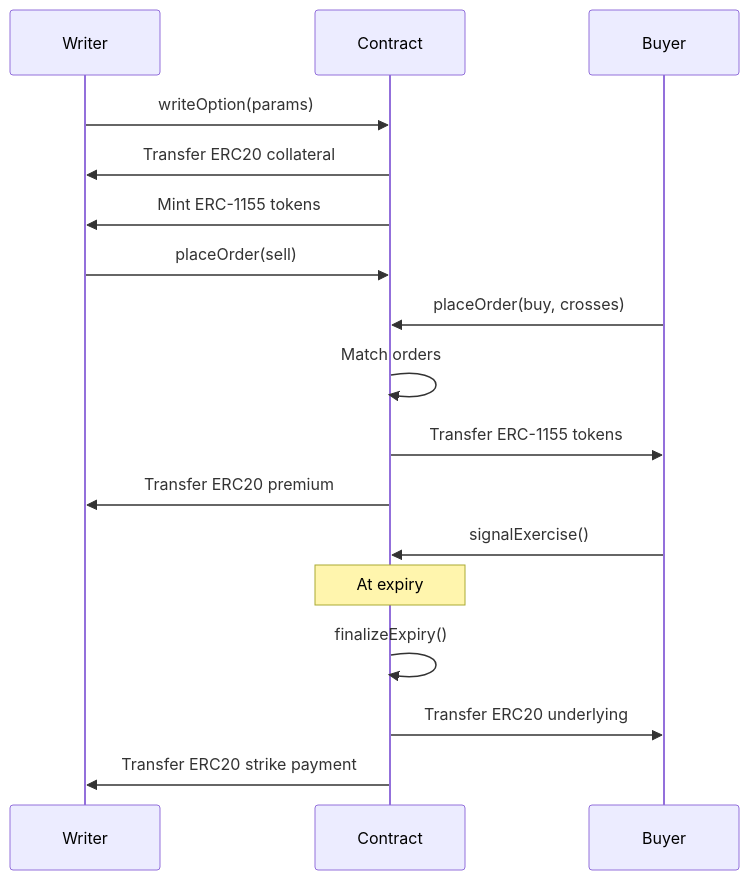
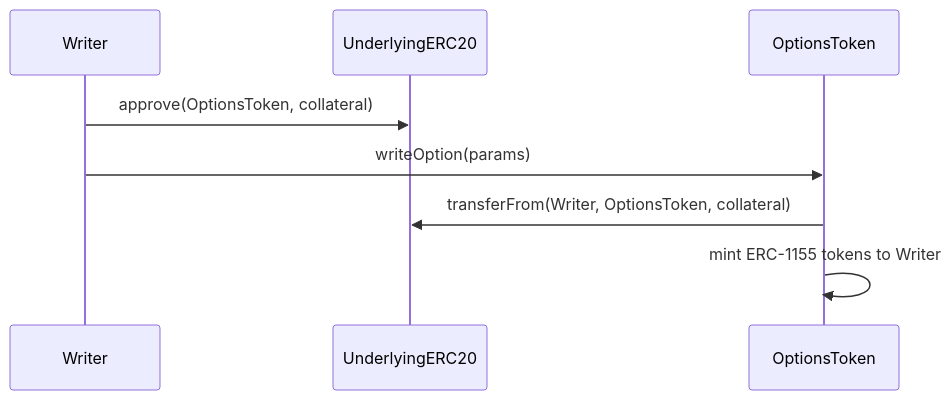
Before and after one commit to 0xgleb/optional: the second of 4 diagrams in SPEC.md, drawn with Mermaid. The commit also changed other lines of this file, not shown here.

Commit message:
fix sequence diagram

````diff
--- a/SPEC.md
+++ b/SPEC.md
@@ -199,22 +199,11 @@
 ```mermaid
 sequenceDiagram
     participant Writer
-    participant Contract
-    participant Buyer
+    participant UnderlyingERC20
+    participant OptionsToken
     
-    Writer->>Contract: writeOption(params)
-    Contract->>Writer: Transfer ERC20 collateral
-    Contract->>Writer: Mint ERC-1155 tokens
-    
-    Writer->>Contract: placeOrder(sell)
-    Buyer->>Contract: placeOrder(buy, crosses)
-    Contract->>Contract: Match orders
-    Contract->>Buyer: Transfer ERC-1155 tokens
-    Contract->>Writer: Transfer ERC20 premium
-    
-    Buyer->>Contract: signalExercise()
-    Note over Contract: At expiry
-    Contract->>Contract: finalizeExpiry()
-    Contract->>Buyer: Transfer ERC20 underlying
-    Contract->>Writer: Transfer ERC20 strike payment
+    Writer->>UnderlyingERC20: approve(OptionsToken, collateral)
+    Writer->>OptionsToken: writeOption(params)
+    OptionsToken->>UnderlyingERC20: transferFrom(Writer, OptionsToken, collateral)
+    OptionsToken->>OptionsToken: mint ERC-1155 tokens to Writer
 ```
````
